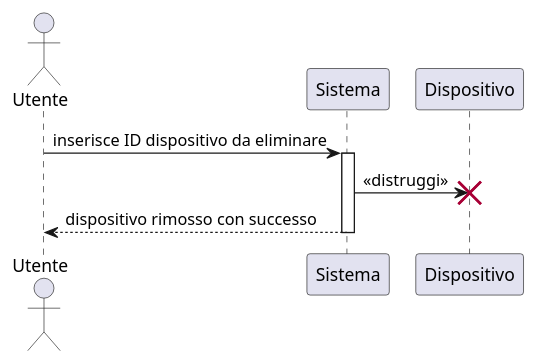
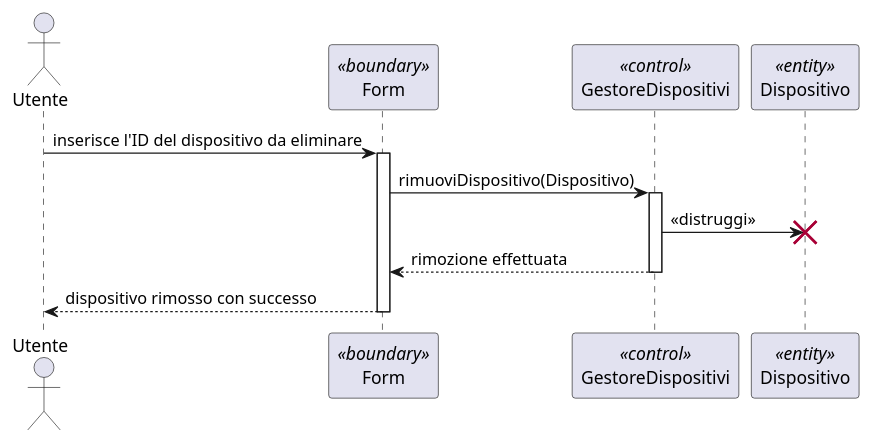
Before and after one commit to Mastronardidavide/Progetto_ing_del_software: the diagram in documenti vari/diagrammi di sequenza/Dispositivi/RimuoviDispositivo.puml, drawn with PlantUML. The commit also changed 55 other files, not shown here.

Commit message:
Correzione diagrammi di sequenza

```diff
--- a/documenti vari/diagrammi di sequenza/Dispositivi/RimuoviDispositivo.puml
+++ b/documenti vari/diagrammi di sequenza/Dispositivi/RimuoviDispositivo.puml
@@ -1,14 +1,21 @@
 @startuml
 actor Utente
-participant Sistema
-participant Dispositivo
+participant Form <<boundary>>
+participant GestoreDispositivi <<control>>
+participant Dispositivo <<entity>>
 
-Utente -> Sistema : inserisce ID dispositivo da eliminare
-activate Sistema
+Utente -> Form : inserisce l'ID del dispositivo da eliminare
+activate Form
 
-Sistema -> Dispositivo !! : <<distruggi>>
+Form -> GestoreDispositivi : rimuoviDispositivo(Dispositivo)
+activate GestoreDispositivi
+
+GestoreDispositivi -> Dispositivo !! : <<distruggi>>
 destroy Dispositivo
 
-Sistema --> Utente : dispositivo rimosso con successo
-deactivate Sistema
+GestoreDispositivi --> Form : rimozione effettuata
+deactivate GestoreDispositivi
+
+Form --> Utente : dispositivo rimosso con successo
+deactivate Form
 @enduml
```
